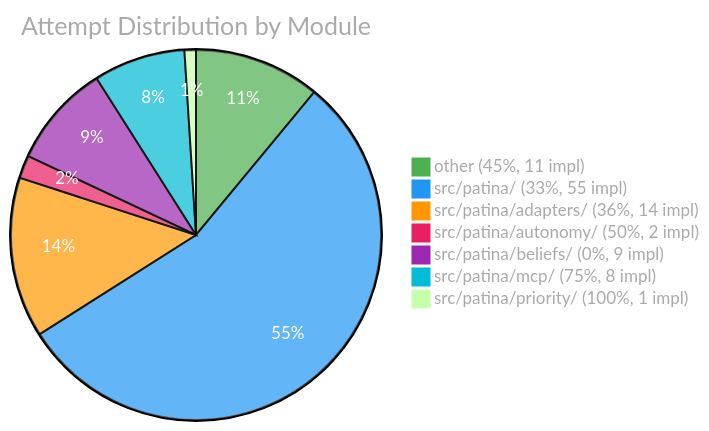
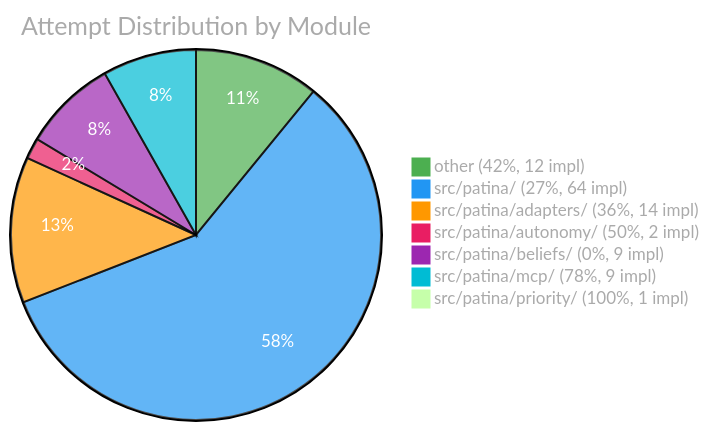
Before and after one commit to Sanctum-Origo-Systems/patina: the third of 3 diagrams in EVAL.md, drawn with Mermaid. The commit also changed other lines of this file and 1 other file, not shown here.

````diff
--- a/EVAL.md
+++ b/EVAL.md
@@ -65,11 +86,11 @@
 ```mermaid
 %%{init: {'theme': 'base', 'themeVariables': {'pie1': '#4CAF50', 'pie2': '#2196F3', 'pie3': '#FF9800', 'pie4': '#E91E63', 'pie5': '#9C27B0', 'pie6': '#00BCD4', 'pieTitleTextColor': '#aaa', 'pieLegendTextColor': '#aaa', 'pieSectionTextColor': '#fff'}}}%%
 pie title Attempt Distribution by Module
-    "other (45%, 11 impl)" : 11
-    "src/patina/ (33%, 55 impl)" : 55
+    "other (42%, 12 impl)" : 12
+    "src/patina/ (27%, 64 impl)" : 64
     "src/patina/adapters/ (36%, 14 impl)" : 14
     "src/patina/autonomy/ (50%, 2 impl)" : 2
     "src/patina/beliefs/ (0%, 9 impl)" : 9
-    "src/patina/mcp/ (75%, 8 impl)" : 8
+    "src/patina/mcp/ (78%, 9 impl)" : 9
     "src/patina/priority/ (100%, 1 impl)" : 1
 ```
````
